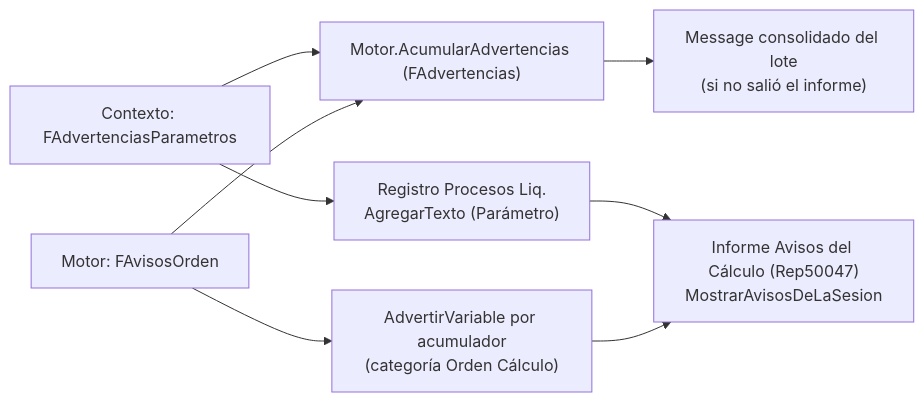
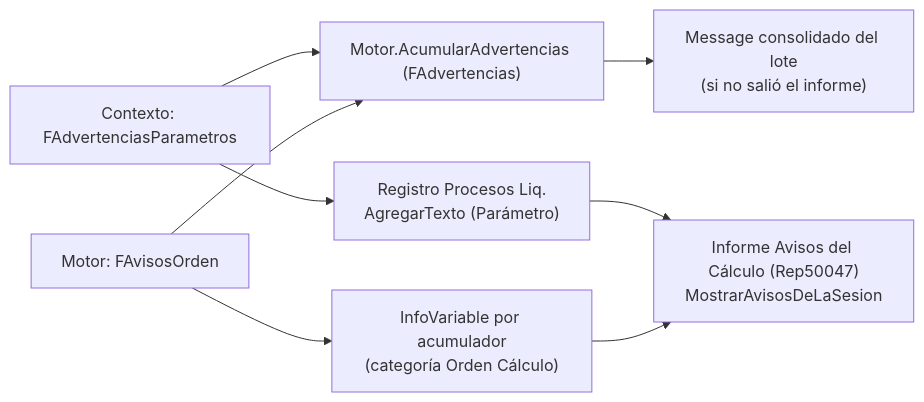
One commit to ulisessa/Payroll changed the diagram in Vault/01 Arquitectura y motor/Avisos y advertencias del cálculo.md. Above: the diagram before and after it, drawn with Mermaid. The commit also changed other lines of this file and 128 other files, not shown here.

````diff
--- a/Vault/01 Arquitectura y motor/Avisos y advertencias del cálculo.md
+++ b/Vault/01 Arquitectura y motor/Avisos y advertencias del cálculo.md
@@ -16,10 +36,10 @@
 ```mermaid
 flowchart LR
     CTX["Contexto: FAdvertenciasParametros"] --> M["Motor.AcumularAdvertencias (FAdvertencias)"]
     ORD["Motor: FAvisosOrden"] --> M
     M --> MSG["Message consolidado del lote<br/>(si no salió el informe)"]
     CTX --> REG["Registro Procesos Liq.<br/>AgregarTexto (Parámetro)"]
-    ORD --> REG2["AdvertirVariable por acumulador<br/>(categoría Orden Cálculo)"]
+    ORD --> REG2["InfoVariable por acumulador<br/>(categoría Orden Cálculo)"]
     REG --> INF["Informe Avisos del Cálculo (Rep50047)<br/>MostrarAvisosDeLaSesion"]
     REG2 --> INF
 ```
````
